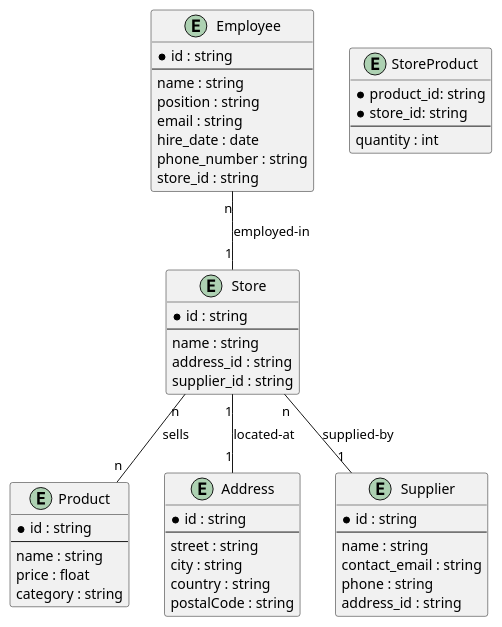
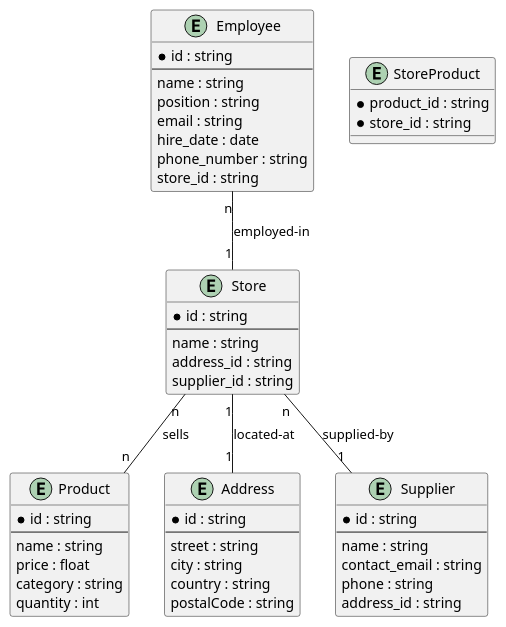
One commit to marius-a-mueller/avg-datenintegration changed the diagram in en/en.plantuml. Above: the diagram before and after it, drawn with PlantUML.

Commit message:
quantity von StoreProduct entfernt

```diff
--- a/en/en.plantuml
+++ b/en/en.plantuml
@@ -1,59 +1,58 @@
 @startuml en
 
 entity Employee {
   *id : string
   --
   name : string
   position : string
   email : string
   hire_date : date
   phone_number : string
   store_id : string
 }
 
 entity Product {
   *id : string
   --
   name : string
   price : float
   category : string
+  quantity : int
 }
 
 entity StoreProduct {
-  *product_id: string
-  *store_id: string
-  --
-  quantity : int
+  *product_id : string
+  *store_id : string
 }
 
 entity Store {
   *id : string
   --
   name : string
   address_id : string
   supplier_id : string
 }
 
 entity Address {
   *id : string
   --
   street : string
   city : string
   country : string
   postalCode : string
 }
 
 entity Supplier {
   *id : string
   --
   name : string
   contact_email : string
   phone : string
   address_id : string
 }
 
 Employee "n" -- "1" Store : employed-in
 Store "1" -- "1" Address : located-at
 Store "n" -- "1" Supplier : supplied-by
 Store "n" -- "n" Product : sells
 @enduml
```
